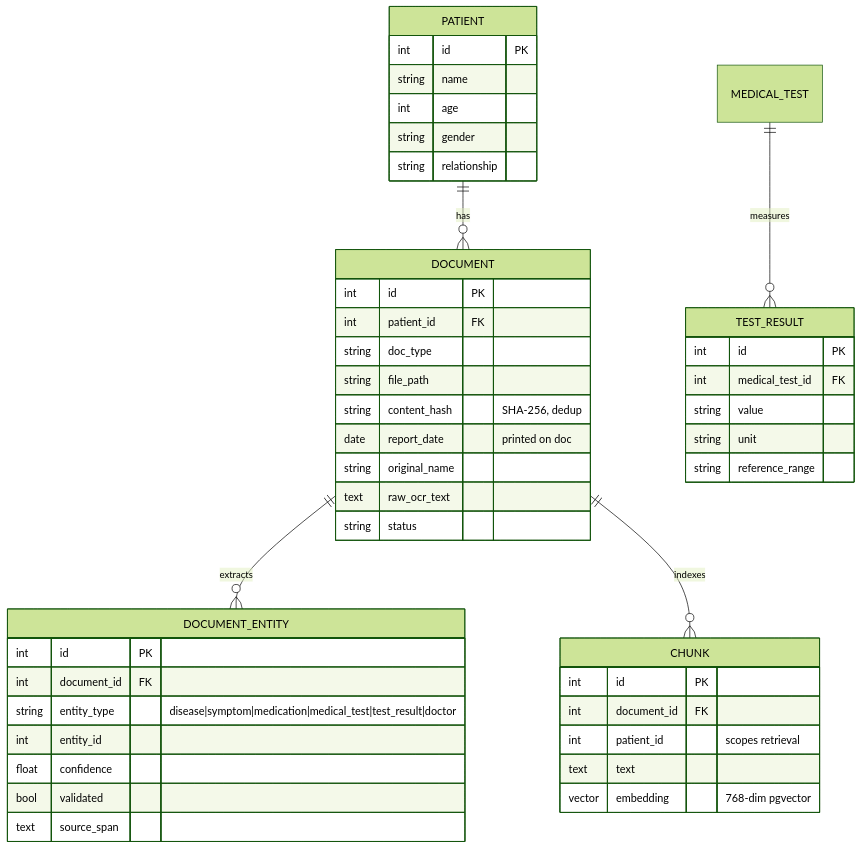
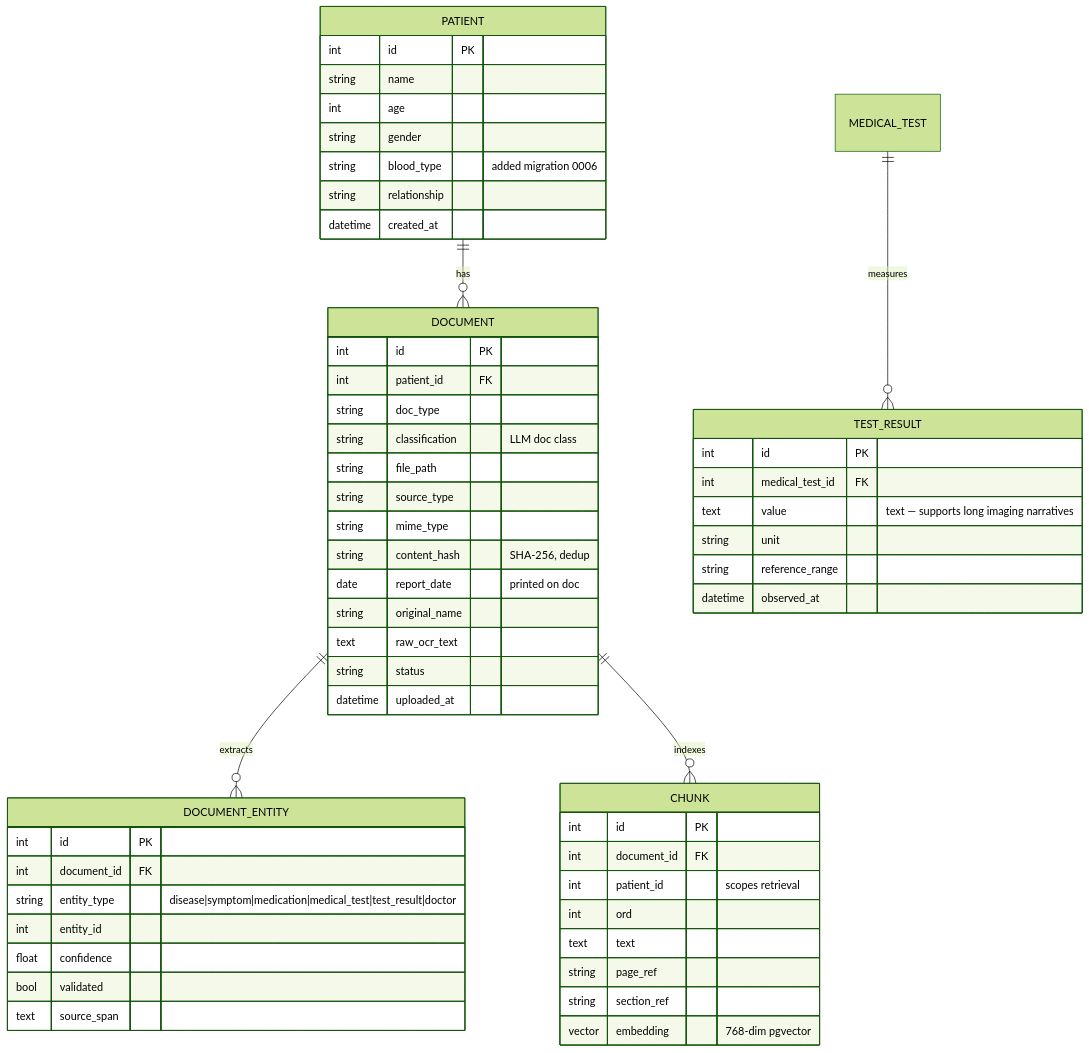
The seventh of 7 diagrams in README.md (shyan23/keeper), drawn with Mermaid (forest theme) before and after one commit. The commit also changed other lines of this file and 13 other files, not shown here.

Commit message:
GRAPH: BOTH UI AND DB

````diff
--- a/README.md
+++ b/README.md
@@ -414,49 +507,59 @@
 ```mermaid
 erDiagram
     PATIENT ||--o{ DOCUMENT : has
     DOCUMENT ||--o{ DOCUMENT_ENTITY : extracts
     DOCUMENT ||--o{ CHUNK : indexes
     MEDICAL_TEST ||--o{ TEST_RESULT : measures
 
     PATIENT {
         int id PK
         string name
         int age
         string gender
+        string blood_type "added migration 0006"
         string relationship
+        datetime created_at
     }
     DOCUMENT {
         int id PK
         int patient_id FK
         string doc_type
+        string classification "LLM doc class"
         string file_path
+        string source_type
+        string mime_type
         string content_hash "SHA-256, dedup"
         date report_date "printed on doc"
         string original_name
         text raw_ocr_text
         string status
+        datetime uploaded_at
     }
     DOCUMENT_ENTITY {
         int id PK
         int document_id FK
         string entity_type "disease|symptom|medication|medical_test|test_result|doctor"
         int entity_id
         float confidence
         bool validated
         text source_span
     }
     CHUNK {
         int id PK
         int document_id FK
         int patient_id "scopes retrieval"
+        int ord
         text text
+        string page_ref
+        string section_ref
         vector embedding "768-dim pgvector"
     }
     TEST_RESULT {
         int id PK
         int medical_test_id FK
-        string value
+        text value "text — supports long imaging narratives"
         string unit
         string reference_range
+        datetime observed_at
     }
 ```
````
